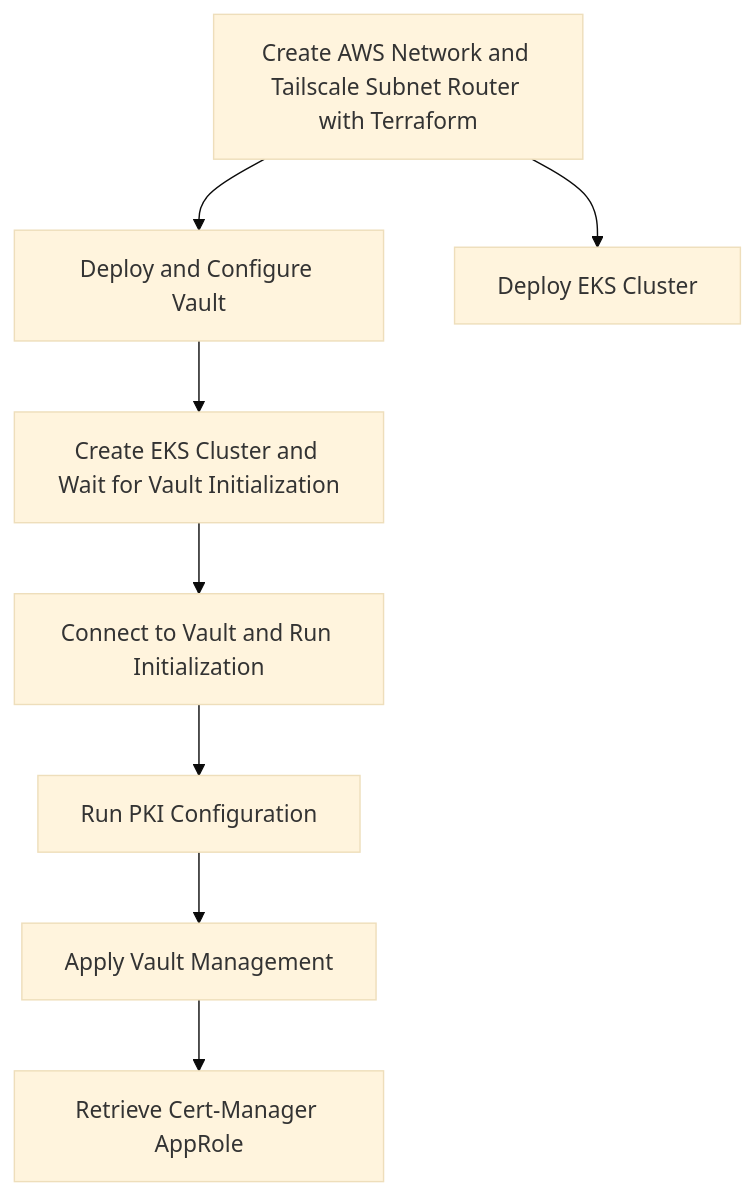
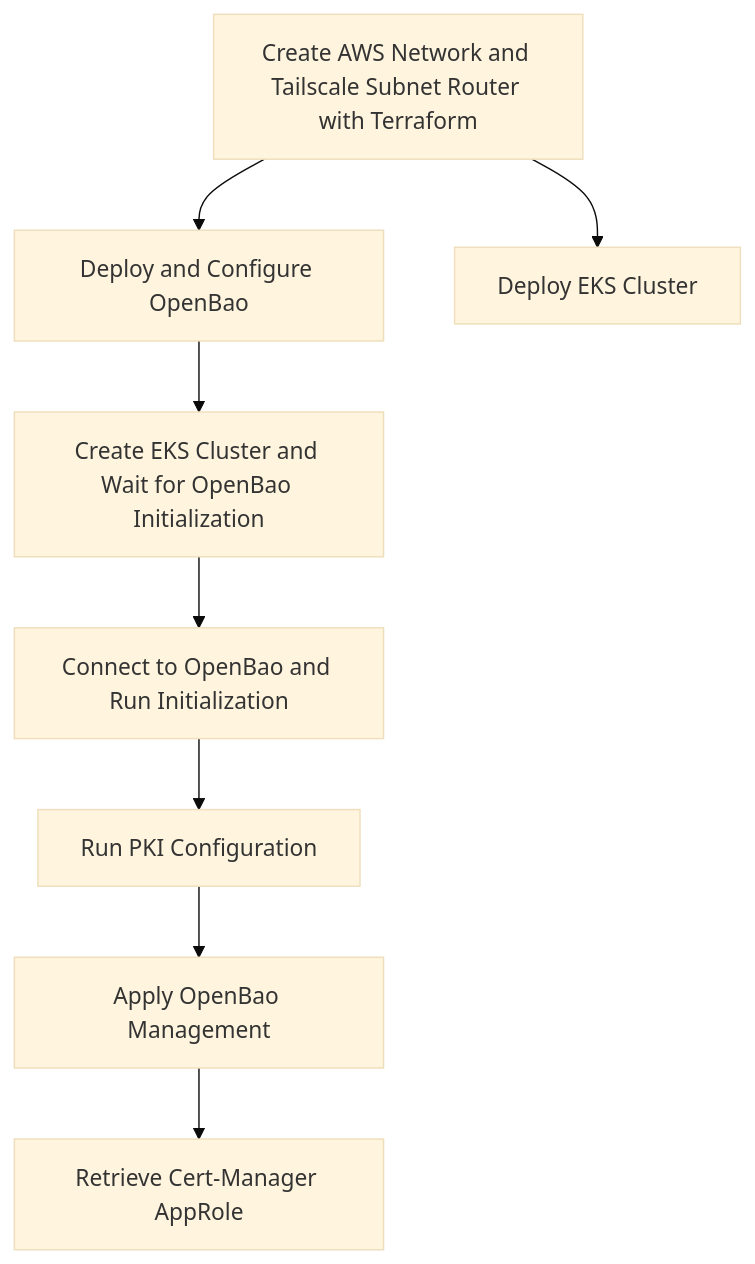
The diagram in dagger/README.md (Smana/cloud-native-ref), drawn with Mermaid (base theme) before and after one commit. The commit also changed other lines of this file and 88 other files, not shown here.

````diff
--- a/dagger/README.md
+++ b/dagger/README.md
@@ -7,14 +7,14 @@
 ```mermaid
 graph TD
     A[Create AWS Network and Tailscale Subnet Router with Terraform]
 
-    A --> B[Deploy and Configure Vault]
+    A --> B[Deploy and Configure OpenBao]
 
-    B --> B1[Create EKS Cluster and Wait for Vault Initialization]
-    B1 --> B2[Connect to Vault and Run Initialization]
+    B --> B1[Create EKS Cluster and Wait for OpenBao Initialization]
+    B1 --> B2[Connect to OpenBao and Run Initialization]
     B2 --> B3[Run PKI Configuration]
-    B3 --> B4[Apply Vault Management]
+    B3 --> B4[Apply OpenBao Management]
     B4 --> B5[Retrieve Cert-Manager AppRole]
 
     A --> D[Deploy EKS Cluster]
 ```
````
